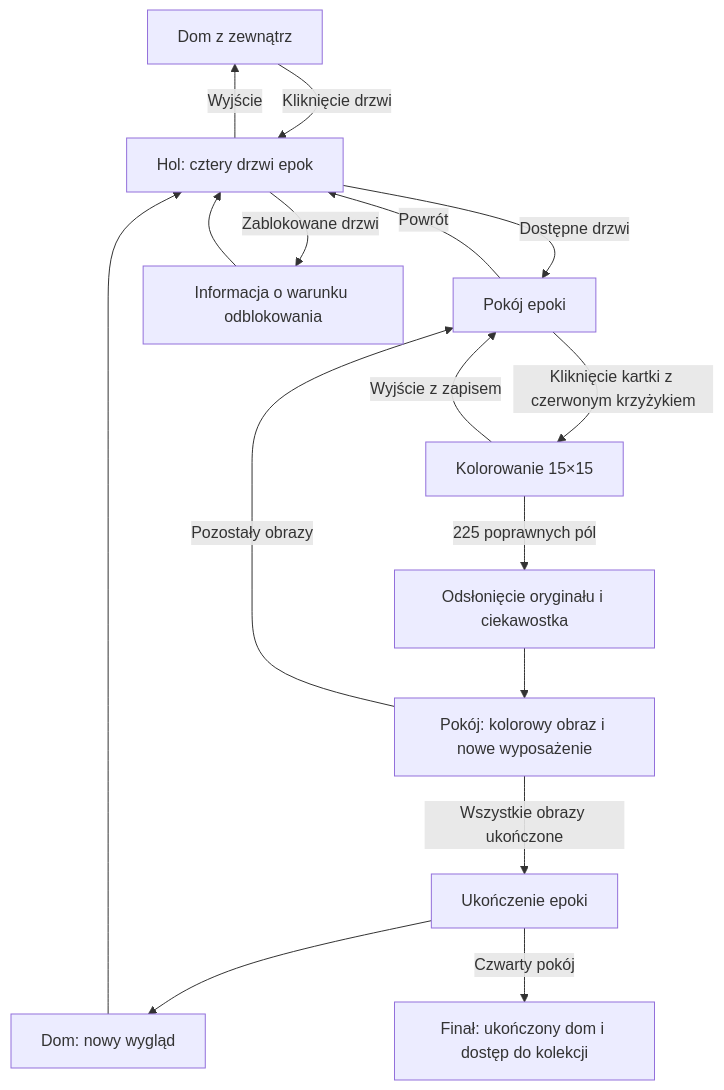
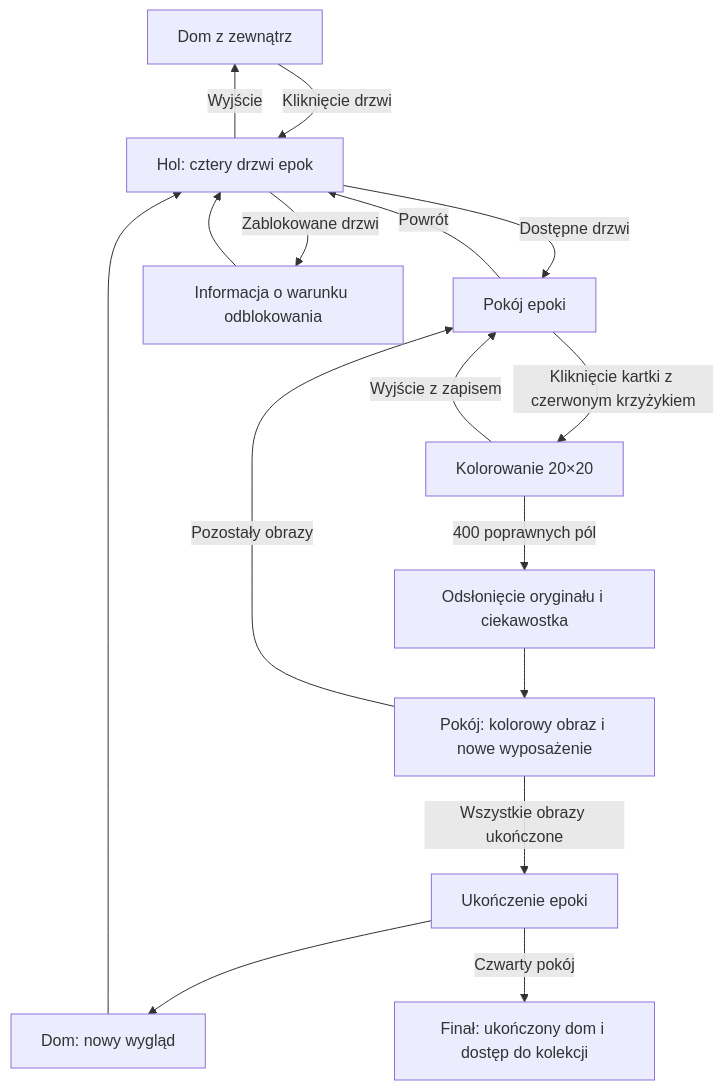
One commit to itsagurin/museum_game changed the diagram in docs/07_CURRENT_PROJECT_PLAN.md. Above: the diagram before and after it, drawn with Mermaid. The commit also changed other lines of this file and 46 other files, not shown here.

````diff
--- a/docs/07_CURRENT_PROJECT_PLAN.md
+++ b/docs/07_CURRENT_PROJECT_PLAN.md
@@ -76,18 +92,18 @@
 ```mermaid
 flowchart TD
     A[Dom z zewnątrz] -->|Kliknięcie drzwi| B[Hol: cztery drzwi epok]
     B -->|Dostępne drzwi| C[Pokój epoki]
     B -->|Zablokowane drzwi| L[Informacja o warunku odblokowania]
     L --> B
-    C -->|Kliknięcie kartki z czerwonym krzyżykiem| D[Kolorowanie 15×15]
+    C -->|Kliknięcie kartki z czerwonym krzyżykiem| D[Kolorowanie 20×20]
     D -->|Wyjście z zapisem| C
-    D -->|225 poprawnych pól| E[Odsłonięcie oryginału i ciekawostka]
+    D -->|400 poprawnych pól| E[Odsłonięcie oryginału i ciekawostka]
     E --> F[Pokój: kolorowy obraz i nowe wyposażenie]
     F -->|Pozostały obrazy| C
     F -->|Wszystkie obrazy ukończone| G[Ukończenie epoki]
     G --> H[Dom: nowy wygląd]
     H --> B
     C -->|Powrót| B
     B -->|Wyjście| A
     G -->|Czwarty pokój| I[Finał: ukończony dom i dostęp do kolekcji]
 ```
````
